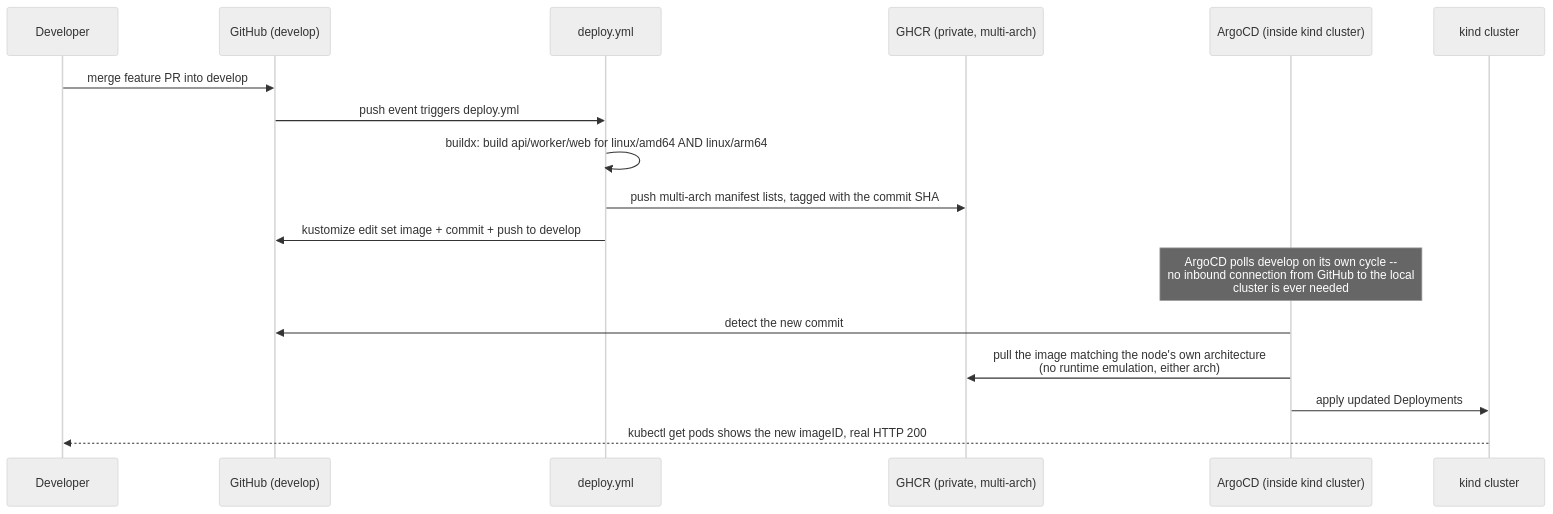
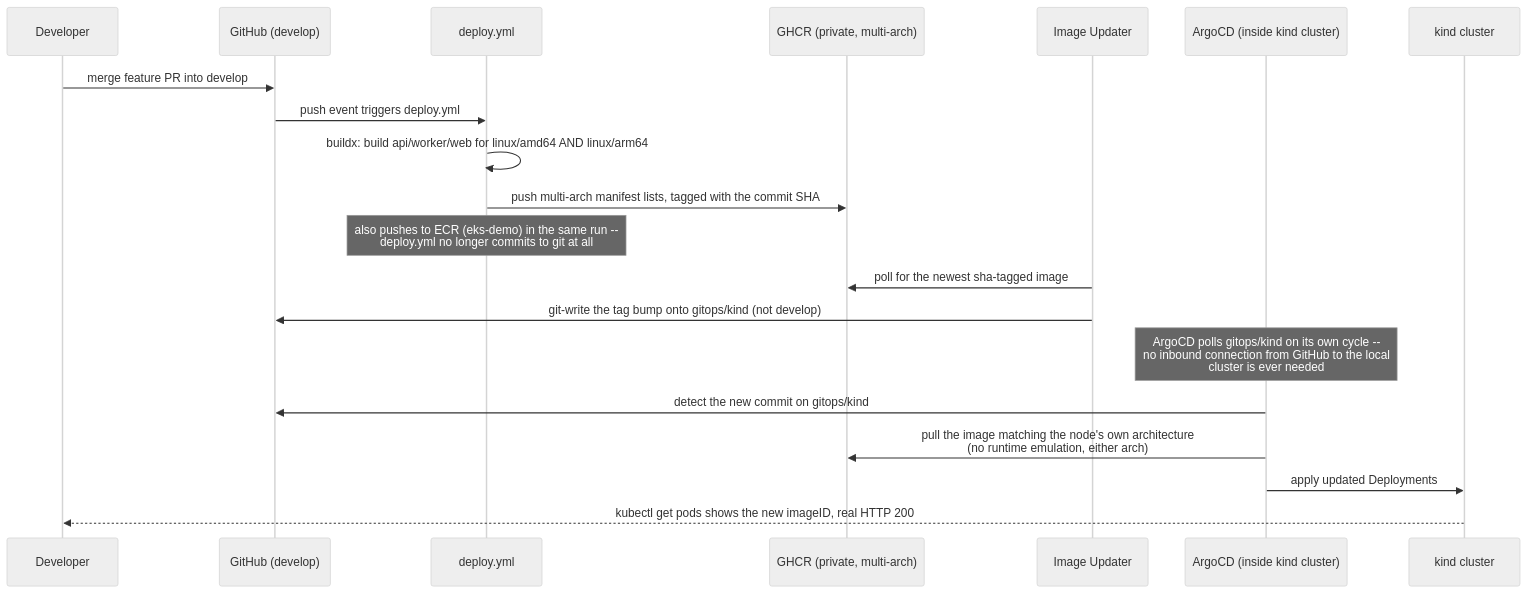
Before and after one commit to rozdolsky33/OpenLex: the second of 2 diagrams in docs/infrastructure/dev-workflow-and-branching.md, drawn with Mermaid (neutral theme). The commit also changed other lines of this file and 12 other files, not shown here.

First line of the commit message:
Promote develop → main: observability metrics fixes, ArgoCD password pinning, docs/skills (#82)

````diff
--- a/docs/infrastructure/dev-workflow-and-branching.md
+++ b/docs/infrastructure/dev-workflow-and-branching.md
@@ -51,20 +70,23 @@
 ```mermaid
 sequenceDiagram
     participant Dev as Developer
     participant GH as GitHub (develop)
     participant CI as deploy.yml
     participant GHCR as GHCR (private, multi-arch)
+    participant IU as Image Updater
     participant Argo as ArgoCD (inside kind cluster)
     participant Kind as kind cluster
 
     Dev->>GH: merge feature PR into develop
     GH->>CI: push event triggers deploy.yml
     CI->>CI: buildx: build api/worker/web for linux/amd64 AND linux/arm64
     CI->>GHCR: push multi-arch manifest lists, tagged with the commit SHA
-    CI->>GH: kustomize edit set image + commit + push to develop
-    Note over Argo: ArgoCD polls develop on its own cycle --<br/>no inbound connection from GitHub to the local<br/>cluster is ever needed
-    Argo->>GH: detect the new commit
+    Note over CI: also pushes to ECR (eks-demo) in the same run --<br/>deploy.yml no longer commits to git at all
+    IU->>GHCR: poll for the newest sha-tagged image
+    IU->>GH: git-write the tag bump onto gitops/kind (not develop)
+    Note over Argo: ArgoCD polls gitops/kind on its own cycle --<br/>no inbound connection from GitHub to the local<br/>cluster is ever needed
+    Argo->>GH: detect the new commit on gitops/kind
     Argo->>GHCR: pull the image matching the node's own architecture<br/>(no runtime emulation, either arch)
     Argo->>Kind: apply updated Deployments
     Kind-->>Dev: kubectl get pods shows the new imageID, real HTTP 200
 ```
````
